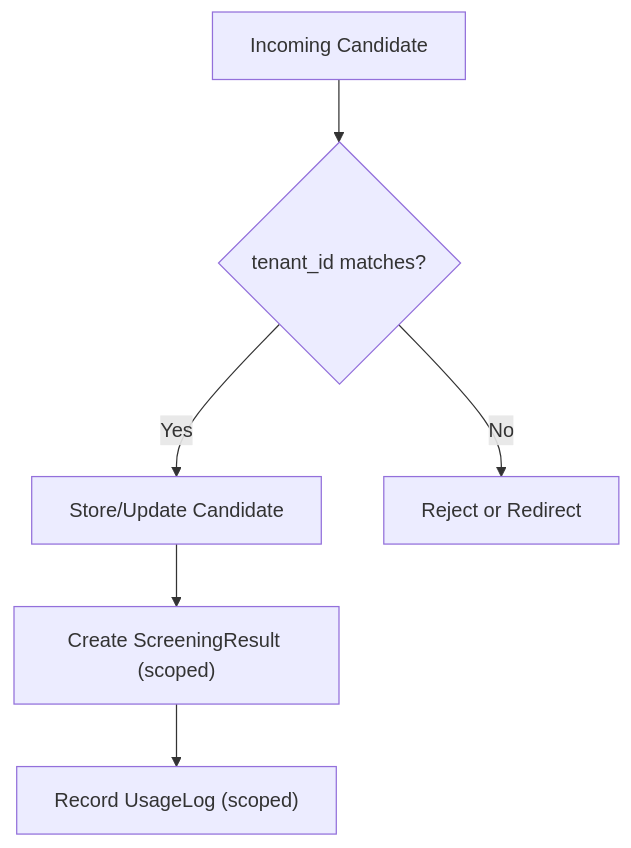
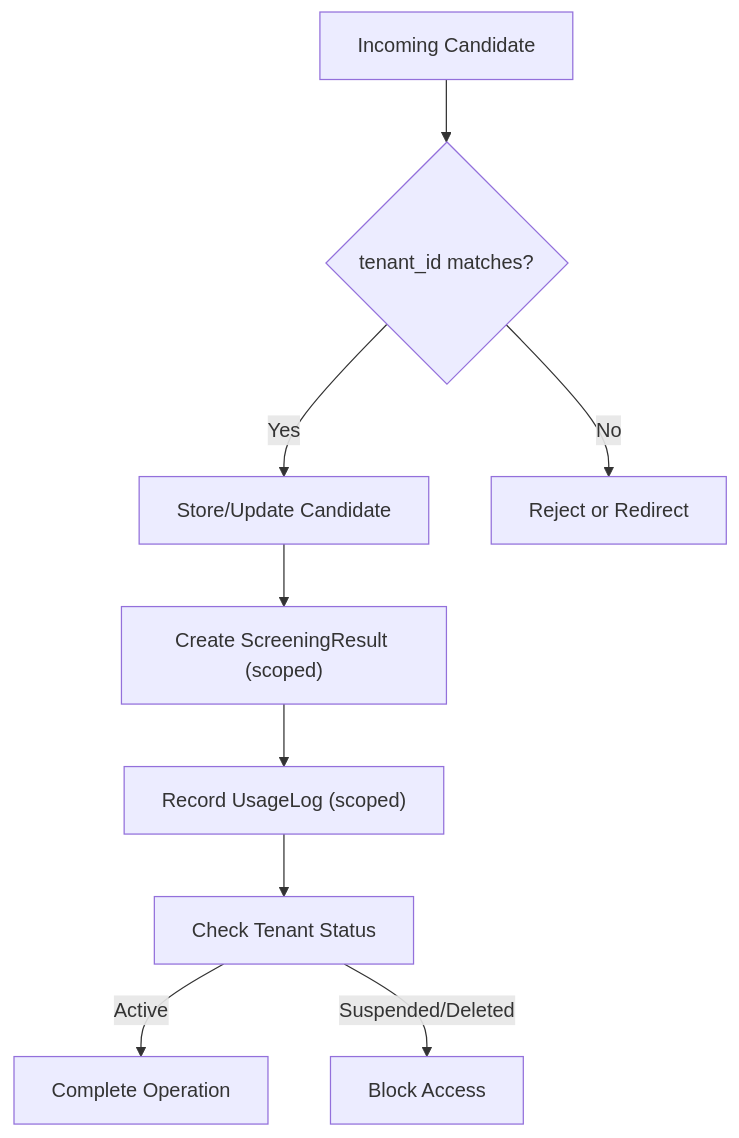
Before and after one commit to Revanththetalogics/aireume: the sixth of 10 diagrams in .qoder/repowiki/en/content/Database Design/Multi-Tenant Architecture.md, drawn with Mermaid. The commit also changed other lines of this file and 13 other files, not shown here.

````diff
--- a/.qoder/repowiki/en/content/Database Design/Multi-Tenant Architecture.md
+++ b/.qoder/repowiki/en/content/Database Design/Multi-Tenant Architecture.md
@@ -256,8 +295,11 @@
 ```mermaid
 flowchart TD
 A["Incoming Candidate"] --> B{"tenant_id matches?"}
 B --> |Yes| C["Store/Update Candidate"]
 B --> |No| D["Reject or Redirect"]
 C --> E["Create ScreeningResult (scoped)"]
 E --> F["Record UsageLog (scoped)"]
+F --> G["Check Tenant Status"]
+G --> |Active| H["Complete Operation"]
+G --> |Suspended/Deleted| I["Block Access"]
 ```
````
